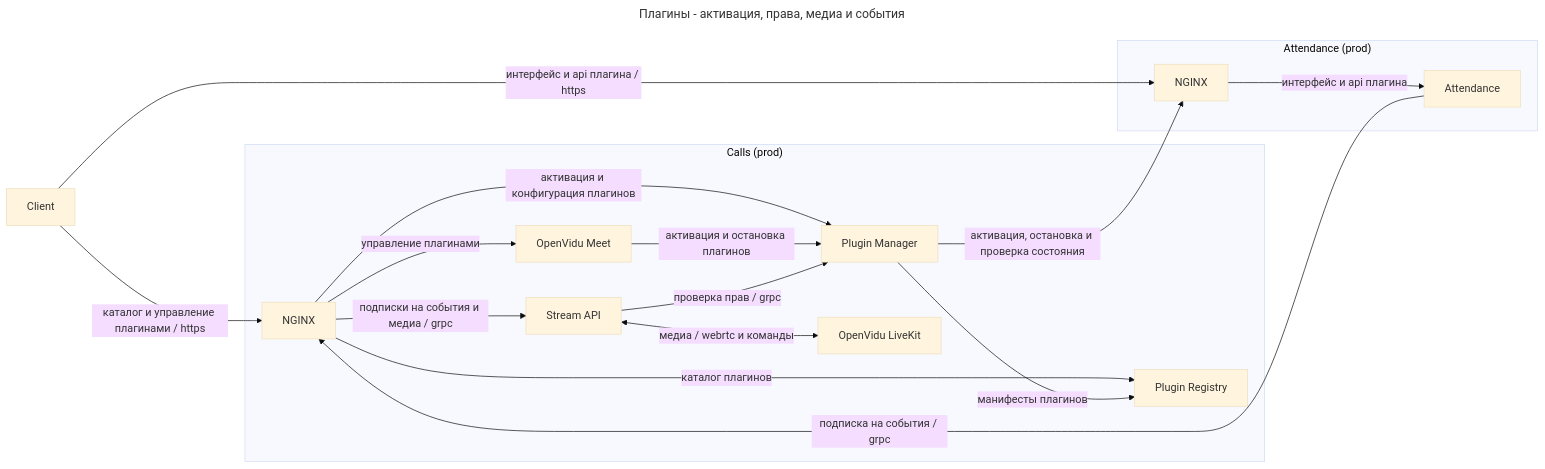
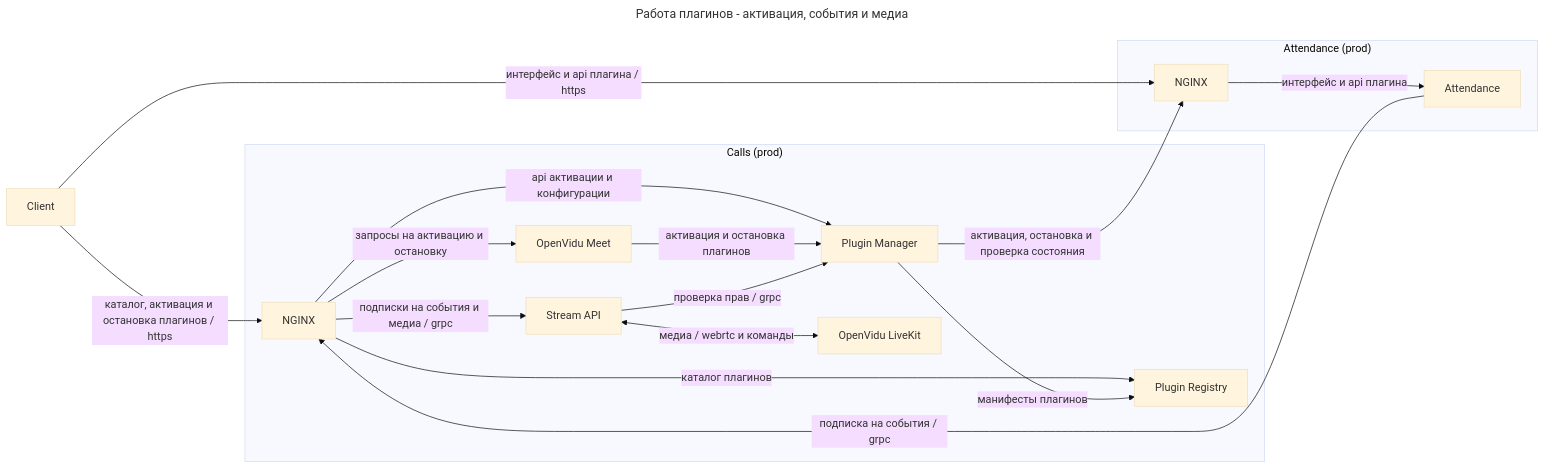
Before and after one commit to dwspurpleteam/deployer: the second of 3 diagrams in README.md, drawn with Mermaid (base theme). The commit also changed other lines of this file, not shown here.

Commit message:
Describe architecture by functionality

````diff
--- a/README.md
+++ b/README.md
@@ -31,26 +31,26 @@
 ```mermaid
 ---
-title: Плагины - активация, права, медиа и события
+title: Работа плагинов - активация, события и медиа
 ---
 flowchart LR
-  browser[Client] -->|каталог и управление плагинами / https| proxy
+  browser[Client] -->|каталог, активация и остановка плагинов / https| proxy
   browser -->|интерфейс и api плагина / https| attendance_nginx
 
   subgraph calls_plugins["Calls (prod)"]
-    proxy[NGINX] -->|активация и конфигурация плагинов| manager[Plugin Manager]
+    proxy[NGINX] -->|api активации и конфигурации| manager[Plugin Manager]
     proxy -->|подписки на события и медиа / grpc| streamapi
     proxy -->|каталог плагинов| registry[Plugin Registry]
-    proxy -->|управление плагинами| meet[OpenVidu Meet]
+    proxy -->|запросы на активацию и остановку| meet[OpenVidu Meet]
     meet -->|активация и остановка плагинов| manager
     streamapi[Stream API] -->|проверка прав / grpc| manager
     streamapi <-->|медиа / webrtc и команды| openvidu[OpenVidu LiveKit]
     manager -->|манифесты плагинов| registry
   end
 
   subgraph attendance_prod["Attendance (prod)"]
     attendance_nginx[NGINX] -->|интерфейс и api плагина| attendance[Attendance]
   end
 
   manager -->|активация, остановка и проверка состояния| attendance_nginx
   attendance -->|подписка на события / grpc| proxy
 ```
````
